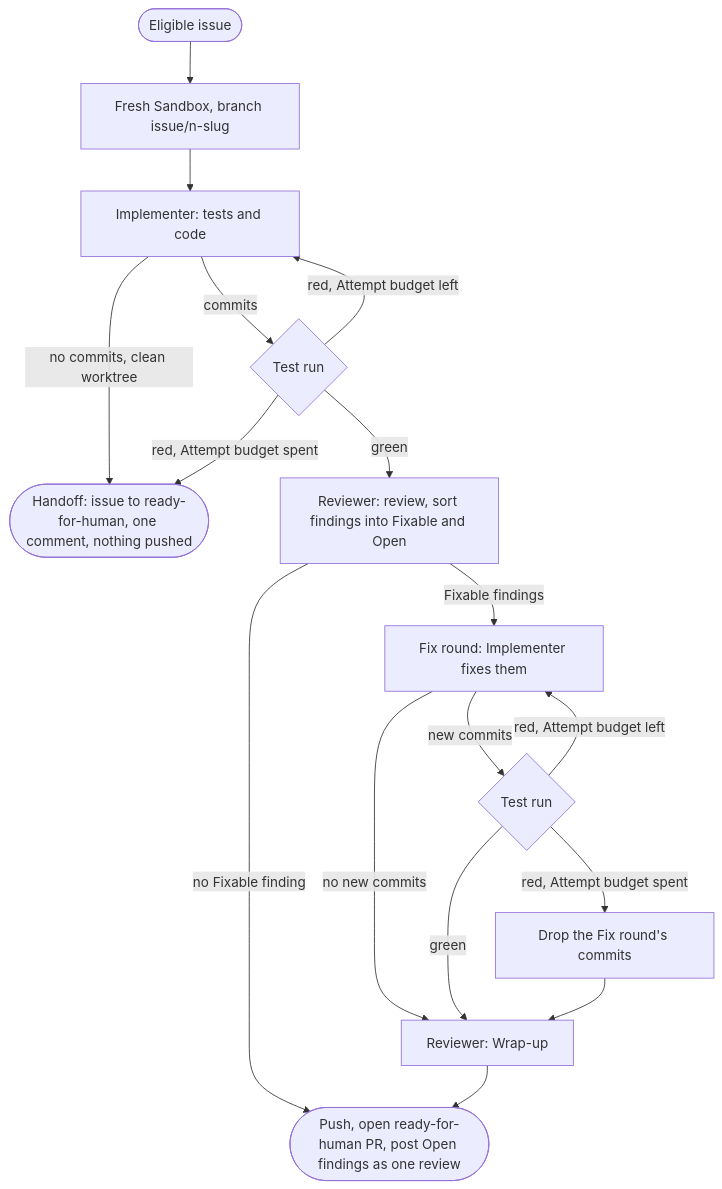
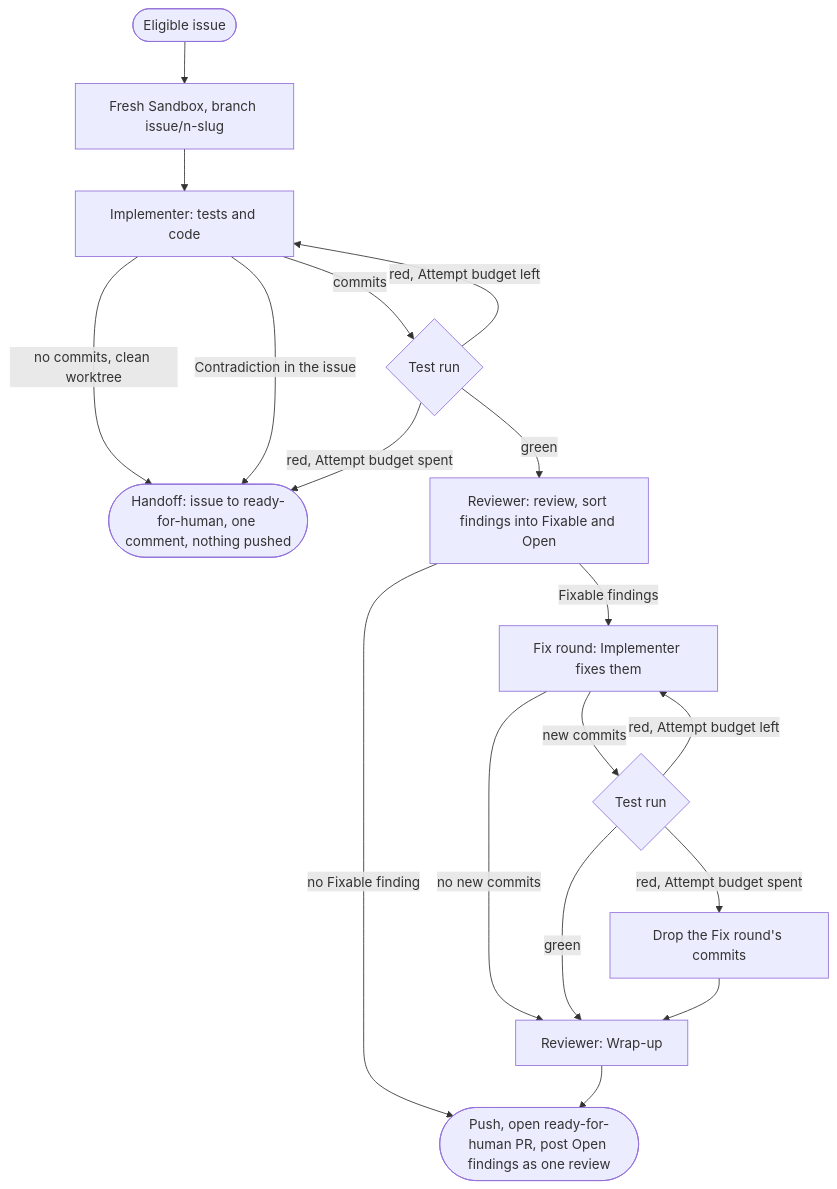
One commit to knn90/afk-loop changed the diagram in README.md. Above: the diagram before and after it, drawn with Mermaid. The commit also changed other lines of this file and 12 other files, not shown here.

Commit message:
[#12] - Give the agents the issue's comments, and hand off on a Contradiction

````diff
--- a/README.md
+++ b/README.md
@@ -11,19 +11,20 @@
 ```mermaid
 flowchart TD
     issue([Eligible issue]) --> sandbox[Fresh Sandbox, branch issue/n-slug]
     sandbox --> implement[Implementer: tests and code]
     implement -- no commits, clean worktree --> handoff([Handoff: issue to ready-for-human, one comment, nothing pushed])
+    implement -- Contradiction in the issue --> handoff
     implement -- commits --> test1{Test run}
     test1 -- red, Attempt budget left --> implement
     test1 -- red, Attempt budget spent --> handoff
     test1 -- green --> review[Reviewer: review, sort findings into Fixable and Open]
     review -- no Fixable finding --> pr
     review -- Fixable findings --> fix[Fix round: Implementer fixes them]
     fix -- no new commits --> wrapup
     fix -- new commits --> test2{Test run}
     test2 -- red, Attempt budget left --> fix
     test2 -- red, Attempt budget spent --> drop[Drop the Fix round's commits]
     test2 -- green --> wrapup[Reviewer: Wrap-up]
     drop --> wrapup
     wrapup --> pr([Push, open ready-for-human PR, post Open findings as one review])
 ```
````
